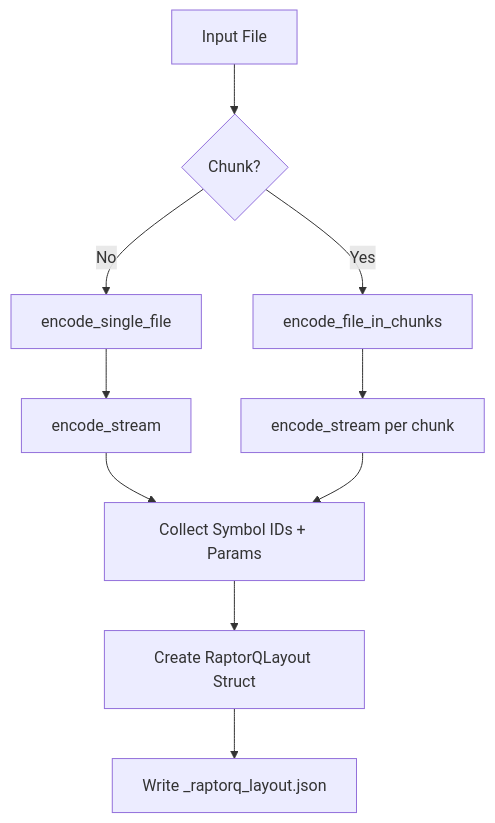
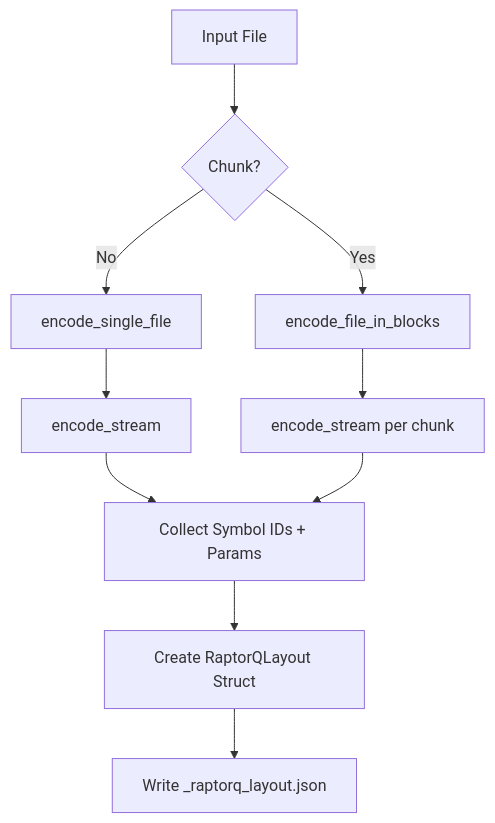
The first of 2 diagrams in RQ_REDESIGN.md (LumeraProtocol/rq-library), drawn with Mermaid before and after one commit. The commit also changed other lines of this file and 8 other files, not shown here.

````diff
--- a/RQ_REDESIGN.md
+++ b/RQ_REDESIGN.md
@@ -94,11 +94,11 @@
 ```mermaid
 graph TD
   A[Input File] --> B{Chunk?}
   B -- No --> C[encode_single_file]
   C --> D[encode_stream]
-  B -- Yes --> E[encode_file_in_chunks]
+  B -- Yes --> E[encode_file_in_blocks]
   E --> F[encode_stream per chunk]
   D & F --> G[Collect Symbol IDs + Params]
   G --> H[Create RaptorQLayout Struct]
   H --> I[Write _raptorq_layout.json]
 ```
````
